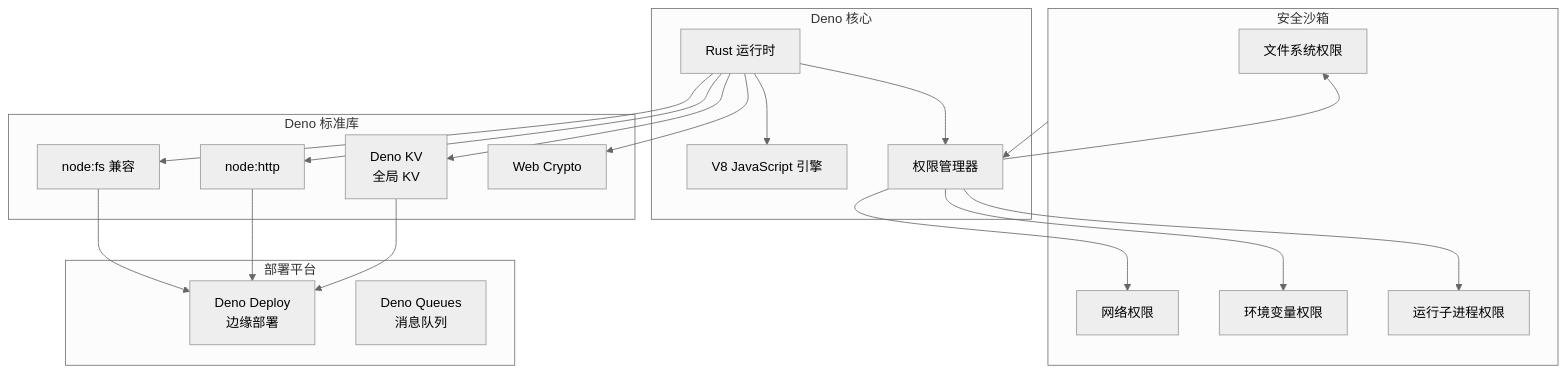
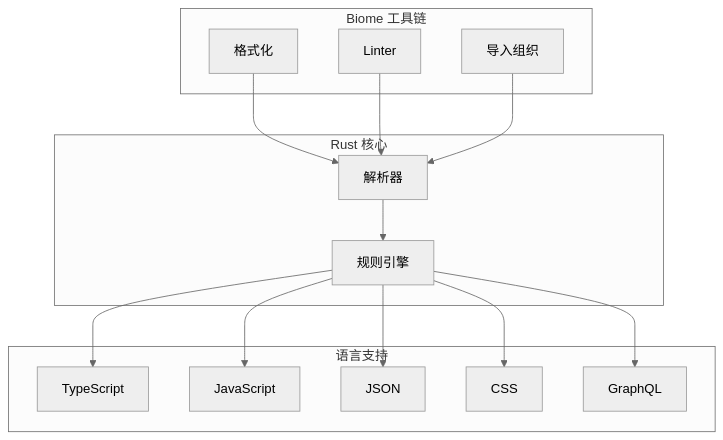
Diagram 14 of 21 in docs/open-source/trending.md (Shyu-x/frontend-interview), drawn with Mermaid (neutral theme) before and after one commit. The commit also changed other lines of this file, not shown here.

````diff
--- a/docs/open-source/trending.md
+++ b/docs/open-source/trending.md
@@ -2341,35 +2643,25 @@
 ```mermaid
 flowchart TB
-    subgraph 安全层["安全沙箱"]
-        FP[文件系统权限]
-        NP[网络权限]
-        EP[环境变量权限]
-        RP[运行子进程权限]
+    subgraph 工具链["Biome 工具链"]
+        FMT[格式化]
+        LINT[Linter]
+        IMP[导入组织]
     end
 
-    subgraph 核心层["Deno 核心"]
-        RST[Rust 运行时]
-        V8[V8 JavaScript 引擎]
-        PERM[权限管理器]
+    subgraph 核心["Rust 核心"]
+        PARSER[解析器]
+        RULES[规则引擎]
     end
 
-    subgraph 标准库["Deno 标准库"]
-        FS[node:fs 兼容]
-        HTTP[node:http]
-        KV[Deno KV]
-        CRYPTO[Web Crypto]
+    subgraph 适配["语言支持"]
+        TS[TypeScript]
+        JS[JavaScript]
+        JSON[JSON]
+        CSS[CSS]
+        GRAPHQL[GraphQL]
     end
 
-    subgraph 部署["部署平台"]
-        DD[Deno Deploy<br/>边缘部署]
-        KV[Deno KV<br/>全局 KV]
-        QUEUE[Deno Queues<br/>消息队列]
-    end
-
-    安全层 --> PERM
-    RST --> PERM
-    PERM --> FP & NP & EP & RP
-    RST --> V8
-    RST --> FS & HTTP & KV & CRYPTO
-    FS & HTTP & KV --> DD
+    FMT & LINT & IMP --> PARSER
+    PARSER --> RULES
+    RULES --> TS & JS & JSON & CSS & GRAPHQL
 ```
````
